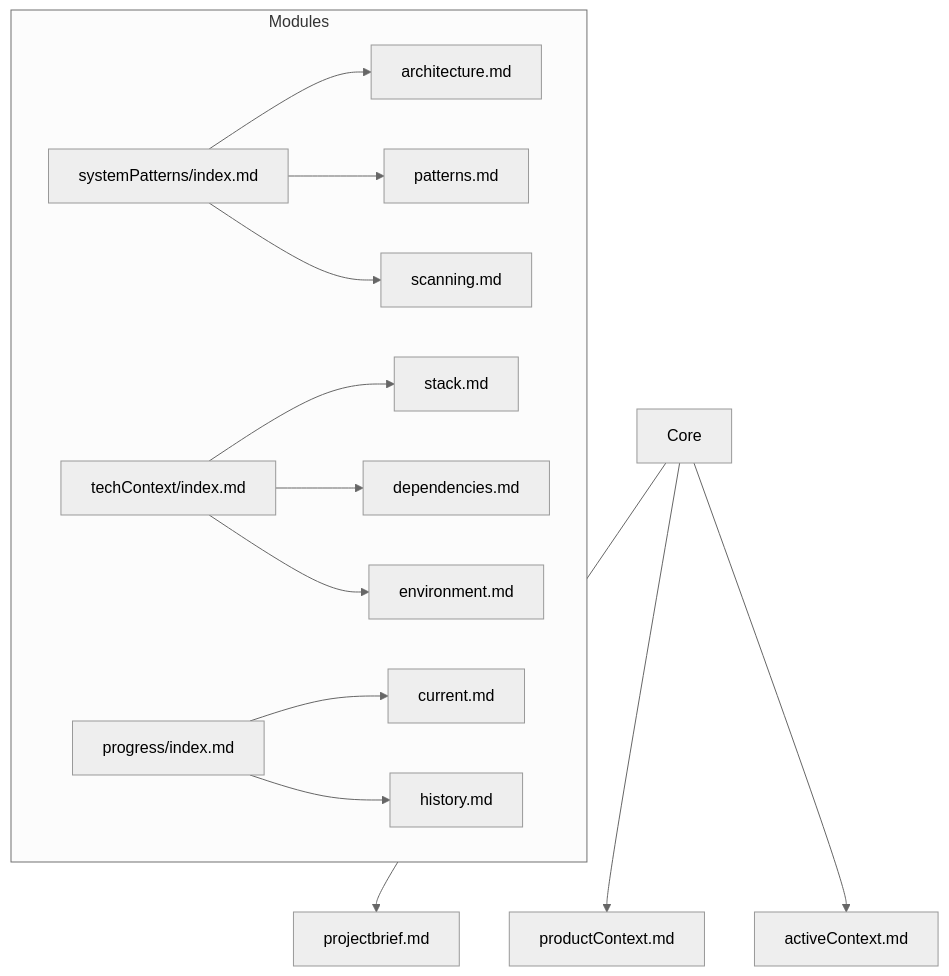
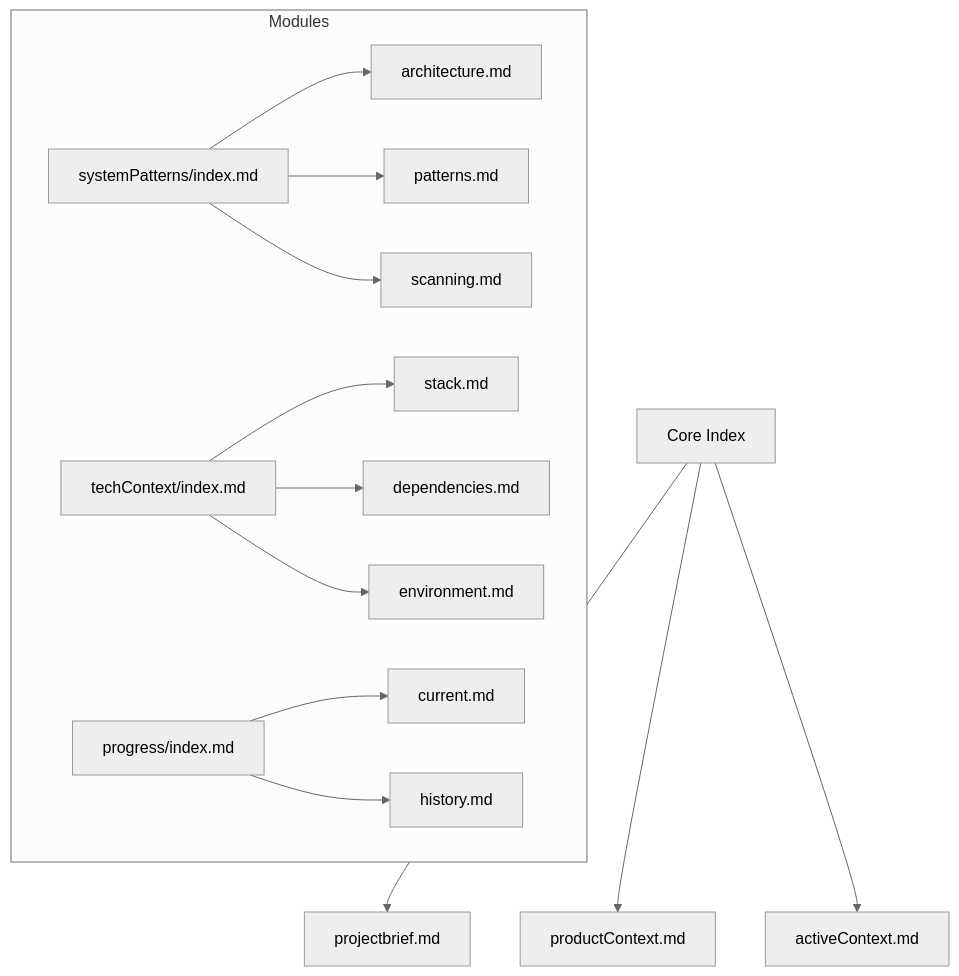
Before and after one commit to sm-moshi/aimemory: the first of 2 diagrams in .cursor/rules/memory-bank.mdc, drawn with Mermaid (neutral theme). The commit also changed other lines of this file and 25 other files, not shown here.

````diff
--- a/.cursor/rules/memory-bank.mdc
+++ b/.cursor/rules/memory-bank.mdc
@@ -55,22 +56,22 @@
 ```mermaid
 flowchart TD
-    CORE[Core] --> PB[projectbrief.md]
+    CORE[Core Index] --> PB[projectbrief.md]
     CORE --> PC[productContext.md]
     CORE --> AC[activeContext.md]
 
     subgraph Modules
       SP_IDX[systemPatterns/index.md]
       SP_IDX --> SP_ARCH[architecture.md]
       SP_IDX --> SP_PTRN[patterns.md]
       SP_IDX --> SP_SCAN[scanning.md]
 
       TC_IDX[techContext/index.md]
       TC_IDX --> TC_STACK[stack.md]
       TC_IDX --> TC_DEPS[dependencies.md]
       TC_IDX --> TC_ENV[environment.md]
 
       PR_IDX[progress/index.md]
       PR_IDX --> PR_CUR[current.md]
       PR_IDX --> PR_HIST[history.md]
     end
 ```
````
